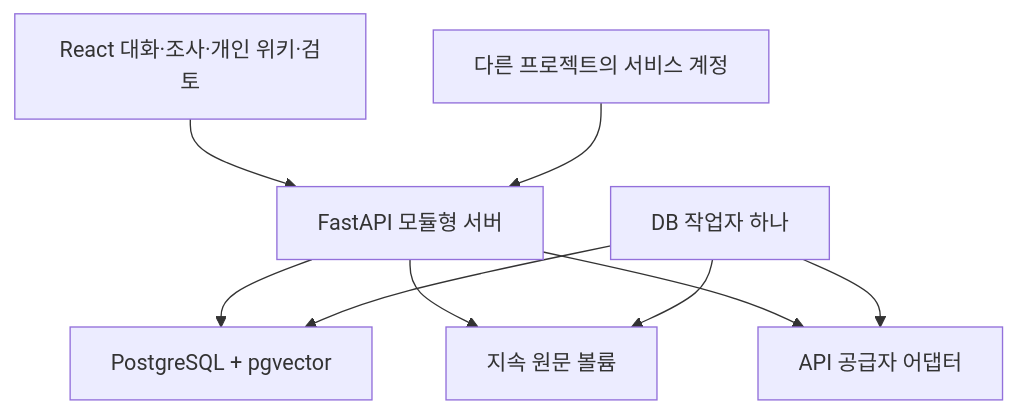
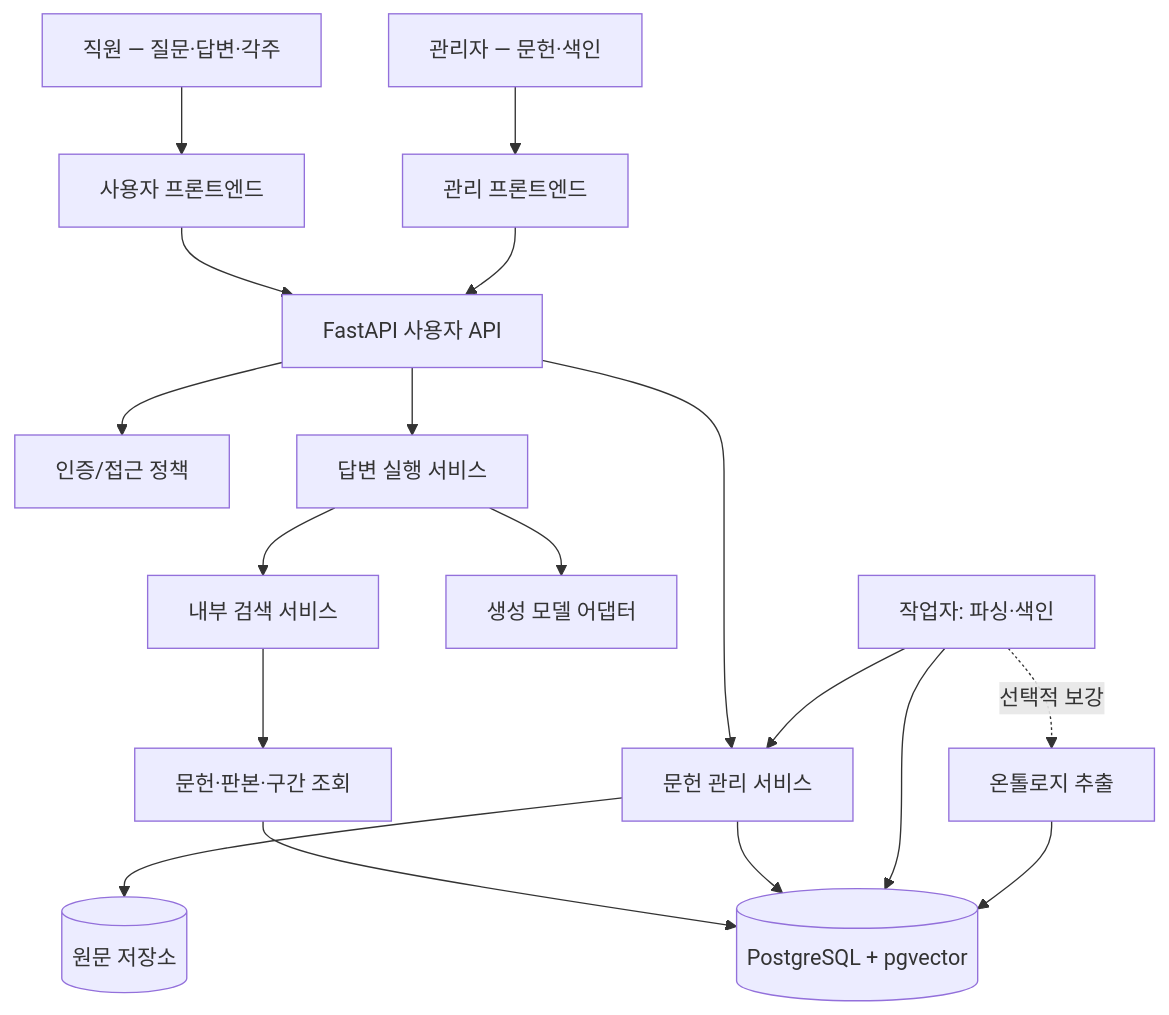
The second of 2 diagrams in docs/ARCHITECTURE.md (studylida/ontology-wiki), drawn with Mermaid before and after one commit. The commit also changed other lines of this file and 104 other files, not shown here.

Commit message:
docs: reset to one target architecture and drop legacy reports

````diff
--- a/docs/ARCHITECTURE.md
+++ b/docs/ARCHITECTURE.md
@@ -13,11 +83,20 @@
 ```mermaid
 flowchart TD
-    UI["React 대화·조사·개인 위키·검토"] --> API["FastAPI 모듈형 서버"]
-    API --> DB["PostgreSQL + pgvector"]
-    API --> FILE["지속 원문 볼륨"]
-    API --> MODEL["API 공급자 어댑터"]
-    WORKER["DB 작업자 하나"] --> DB
-    WORKER --> FILE
-    WORKER --> MODEL
-    EXT["다른 프로젝트의 서비스 계정"] --> API
+    U["직원 — 질문·답변·각주"] --> F["사용자 프론트엔드"]
+    O["관리자 — 문헌·색인"] --> AF["관리 프론트엔드"]
+    F --> API["FastAPI 사용자 API"]
+    AF --> API
+    API --> ID["인증/접근 정책"]
+    API --> AS["답변 실행 서비스"]
+    AS --> RS["내부 검색 서비스"]
+    RS --> CR["문헌·판본·구간 조회"]
+    CR --> DB[("PostgreSQL + pgvector")]
+    AS --> P["생성 모델 어댑터"]
+    API --> DS["문헌 관리 서비스"]
+    DS --> RAW[("원문 저장소")]
+    DS --> DB
+    W["작업자: 파싱·색인"] --> DB
+    W --> DS
+    W -. "선택적 보강" .-> OG["온톨로지 추출"]
+    OG --> DB
 ```
````
